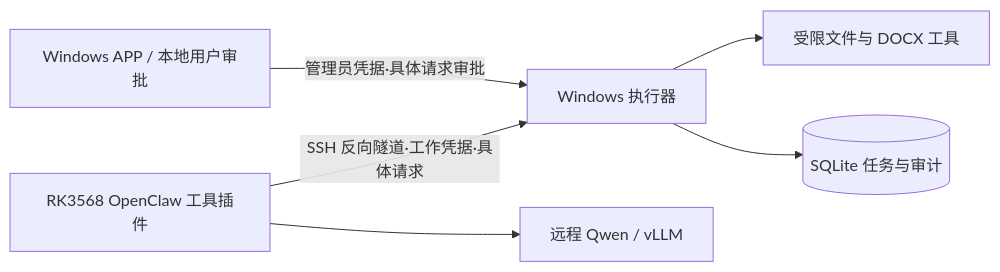
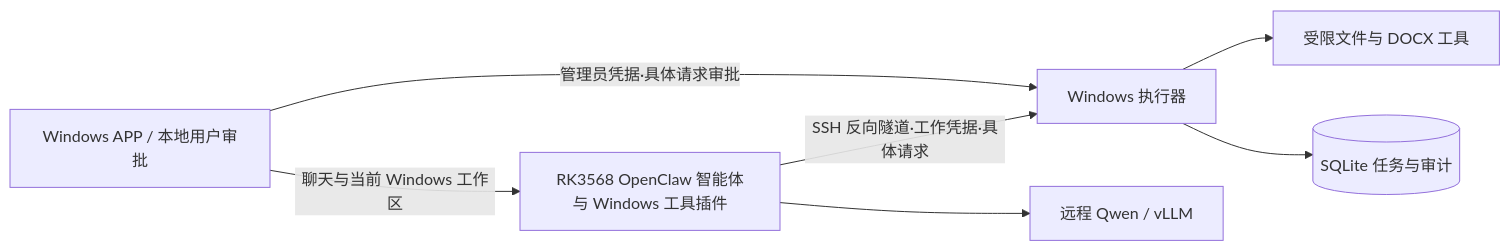
The diagram in docs/architecture/overview.md (lark-k/claw-box), drawn with Mermaid before and after one commit. The commit also changed other lines of this file and 101 other files, not shown here.

````diff
--- a/docs/architecture/overview.md
+++ b/docs/architecture/overview.md
@@ -3,8 +3,9 @@
 ```mermaid
 flowchart LR
     App[Windows APP / 本地用户审批] -->|管理员凭据·具体请求审批| Executor[Windows 执行器]
-    Box[RK3568 OpenClaw 工具插件] -->|SSH 反向隧道·工作凭据·具体请求| Executor
+    App -->|聊天与当前 Windows 工作区| Box[RK3568 OpenClaw 智能体与 Windows 工具插件]
+    Box -->|SSH 反向隧道·工作凭据·具体请求| Executor
     Executor --> Tools[受限文件与 DOCX 工具]
     Executor --> DB[(SQLite 任务与审计)]
     Box --> LLM[远程 Qwen / vLLM]
 ```
````
